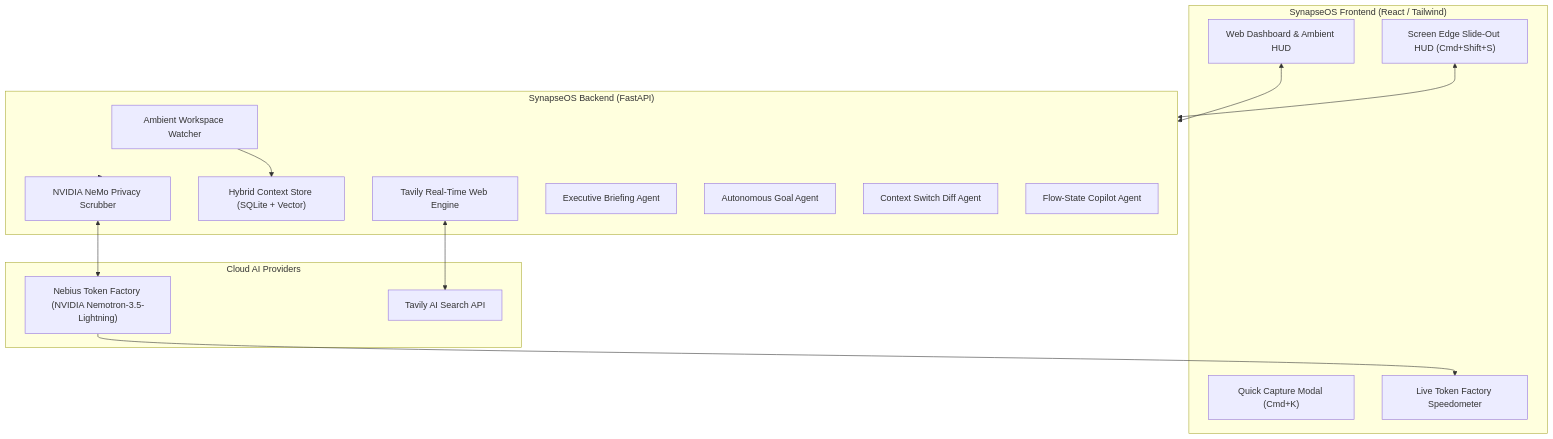
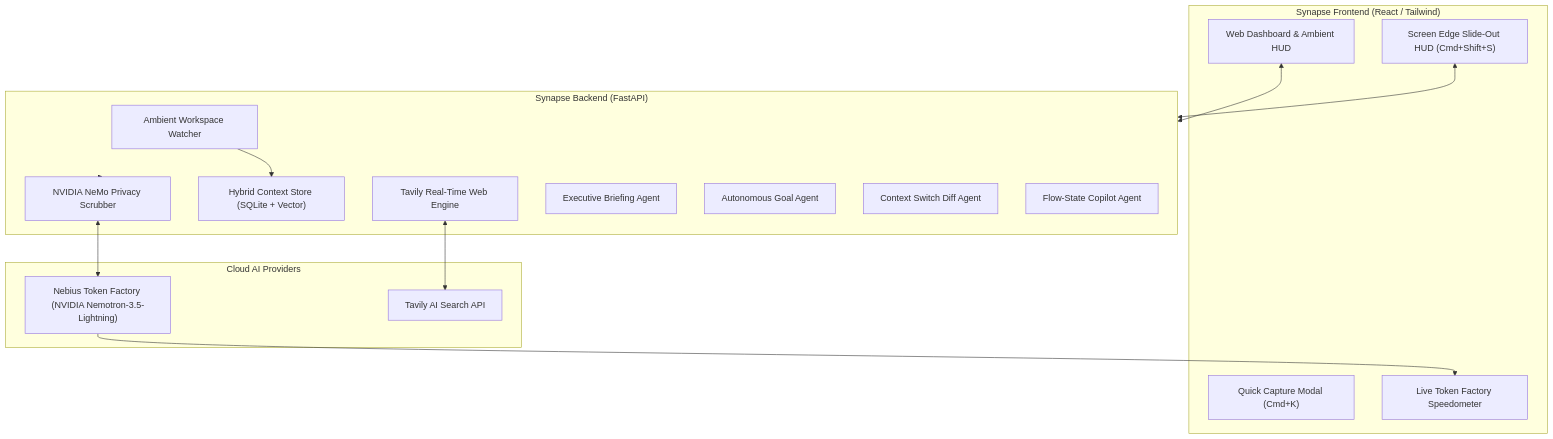
One commit to shoumik4571/SynapseOS changed the diagram in README.md. Above: the diagram before and after it, drawn with Mermaid. The commit also changed other lines of this file and 10 other files, not shown here.

````diff
--- a/README.md
+++ b/README.md
@@ -39,34 +39,34 @@
 ```mermaid
 flowchart TD
-    subgraph Client ["SynapseOS Frontend (React / Tailwind)"]
+    subgraph Client ["Synapse Frontend (React / Tailwind)"]
         UI["Web Dashboard & Ambient HUD"]
         CmdK["Quick Capture Modal (Cmd+K)"]
         SpeedMeter["Live Token Factory Speedometer"]
         EdgeHUD["Screen Edge Slide-Out HUD (Cmd+Shift+S)"]
     end
 
-    subgraph Backend ["SynapseOS Backend (FastAPI)"]
+    subgraph Backend ["Synapse Backend (FastAPI)"]
         Watcher["Ambient Workspace Watcher"]
         Guardrails["NVIDIA NeMo Privacy Scrubber"]
         MemoryStore["Hybrid Context Store (SQLite + Vector)"]
         TavilyEngine["Tavily Real-Time Web Engine"]
         
         Briefing["Executive Briefing Agent"]
         GoalEngine["Autonomous Goal Agent"]
         ContextDiff["Context Switch Diff Agent"]
         Copilot["Flow-State Copilot Agent"]
     end
 
     subgraph CloudInfra ["Cloud AI Providers"]
         NebiusCloud["Nebius Token Factory (NVIDIA Nemotron-3.5-Lightning)"]
         TavilyCloud["Tavily AI Search API"]
     end
 
     UI <--> Backend
     EdgeHUD <--> Backend
     Watcher --> MemoryStore
     Backend --> Guardrails
     Guardrails <--> NebiusCloud
     TavilyEngine <--> TavilyCloud
     NebiusCloud --> SpeedMeter
 ```
````
